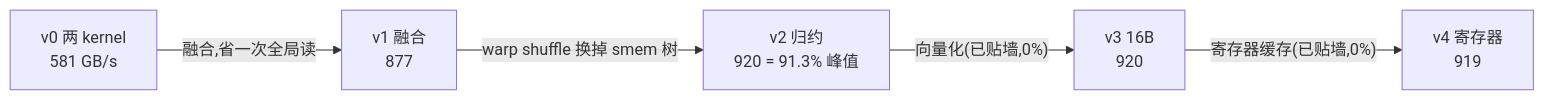
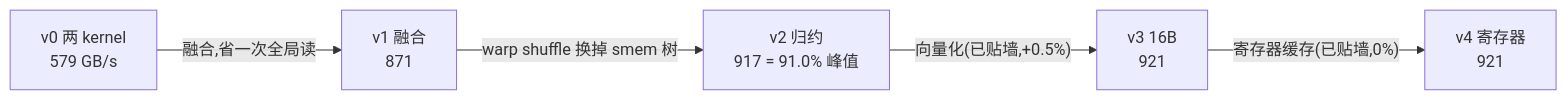
Before and after one commit to lyell0710/Kernel_Optimazation: the diagram in fused-norm/README.md, drawn with Mermaid. The commit also changed other lines of this file and 19 other files, not shown here.

````diff
--- a/fused-norm/README.md
+++ b/fused-norm/README.md
@@ -34,7 +34,7 @@
 ```mermaid
 flowchart LR
-    v0["v0 两 kernel<br>581 GB/s"] -->|"融合,省一次全局读"| v1["v1 融合<br>877"]
-    v1 -->|"warp shuffle 换掉 smem 树"| v2["v2 归约<br>920 = 91.3% 峰值"]
-    v2 -->|"向量化(已贴墙,0%)"| v3["v3 16B<br>920"]
-    v3 -->|"寄存器缓存(已贴墙,0%)"| v4["v4 寄存器<br>919"]
+    v0["v0 两 kernel<br>579 GB/s"] -->|"融合,省一次全局读"| v1["v1 融合<br>871"]
+    v1 -->|"warp shuffle 换掉 smem 树"| v2["v2 归约<br>917 = 91.0% 峰值"]
+    v2 -->|"向量化(已贴墙,+0.5%)"| v3["v3 16B<br>921"]
+    v3 -->|"寄存器缓存(已贴墙,0%)"| v4["v4 寄存器<br>921"]
 ```
````
